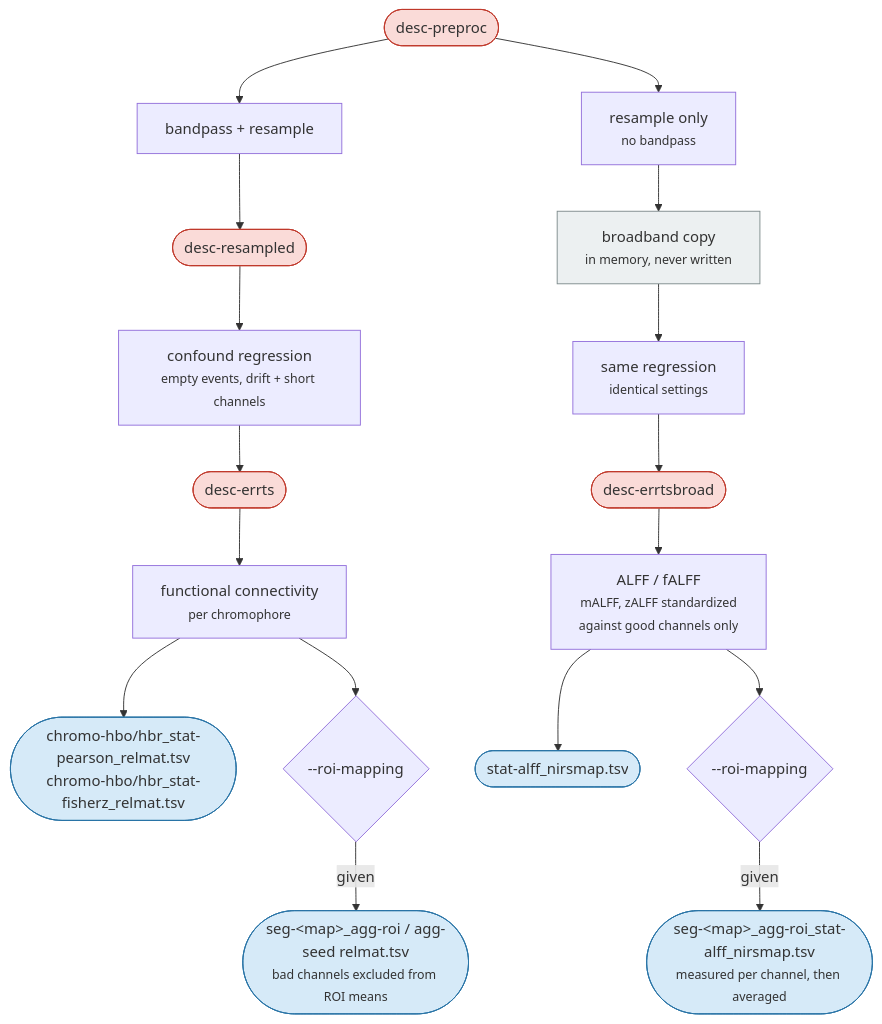
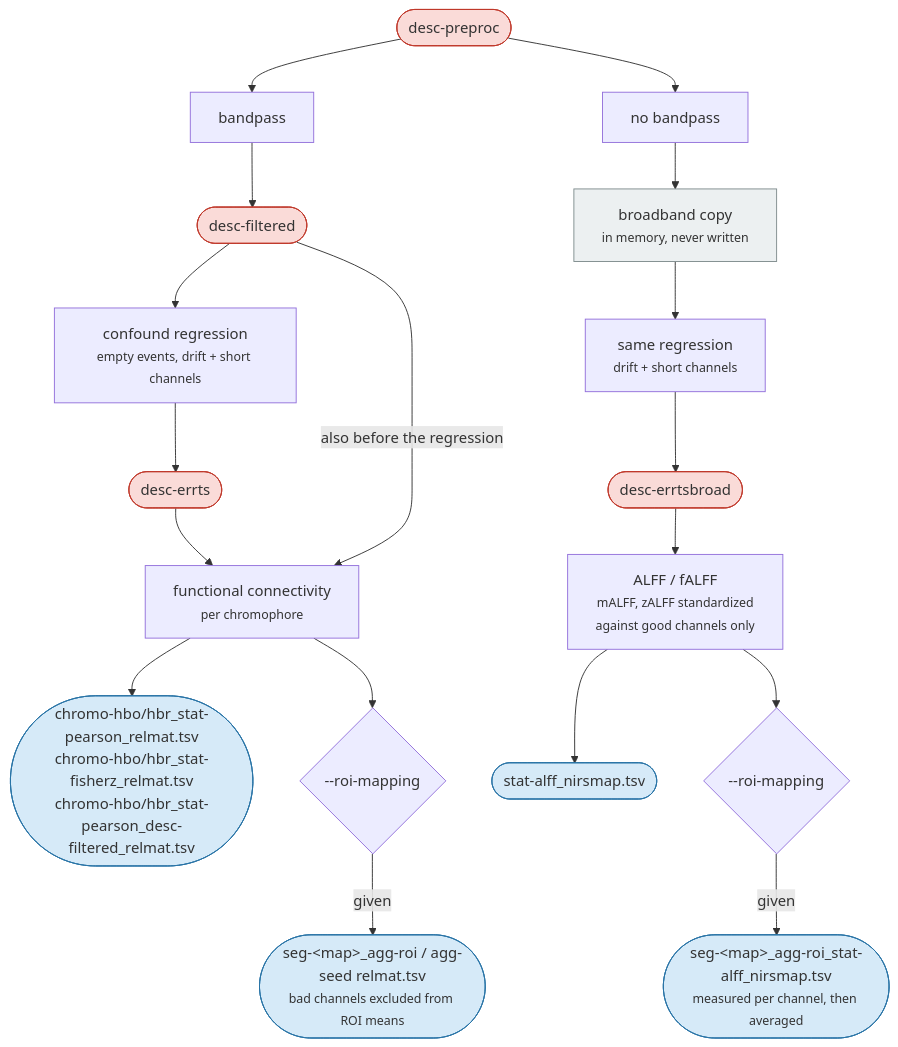
The third of 3 diagrams in docs/workflows.md (AU-CONNECT-Lab/NIRSPipe), drawn with Mermaid before and after one commit. The commit also changed other lines of this file, not shown here.

````diff
--- a/docs/workflows.md
+++ b/docs/workflows.md
@@ -246,32 +249,33 @@
 ```mermaid
 flowchart TD
     PRE(["desc-preproc"])
-    PRE --> A["bandpass + resample"]
-    PRE --> B["resample only<br/><small>no bandpass</small>"]
+    PRE --> A["bandpass"]
+    PRE --> B["no bandpass"]
 
-    A --> AR(["desc-resampled"])
+    A --> AF(["desc-filtered"])
     B --> BR["broadband copy<br/><small>in memory, never written</small>"]
 
-    AR --> REG1["confound regression<br/><small>empty events, drift + short channels</small>"]
-    BR --> REG2["same regression<br/><small>identical settings</small>"]
+    AF --> REG1["confound regression<br/><small>empty events, drift + short channels</small>"]
+    BR --> REG2["same regression<br/><small>drift + short channels</small>"]
 
     REG1 --> E1(["desc-errts"])
     REG2 --> E2(["desc-errtsbroad"])
 
     E1 --> FC["functional connectivity<br/><small>per chromophore</small>"]
-    FC --> FCF(["chromo-hbo/hbr_stat-pearson_relmat.tsv<br/>chromo-hbo/hbr_stat-fisherz_relmat.tsv"])
+    AF -->|"also before the regression"| FC
+    FC --> FCF(["chromo-hbo/hbr_stat-pearson_relmat.tsv<br/>chromo-hbo/hbr_stat-fisherz_relmat.tsv<br/>chromo-hbo/hbr_stat-pearson_desc-filtered_relmat.tsv"])
     FC --> ROI{"--roi-mapping"}
     ROI -->|given| ROIF(["seg-&lt;map&gt;_agg-roi / agg-seed relmat.tsv<br/><small>bad channels excluded from ROI means</small>"])
 
     E2 --> ALFF["ALFF / fALFF<br/><small>mALFF, zALFF standardized<br/>against good channels only</small>"]
     ALFF --> ALFFF(["stat-alff_nirsmap.tsv"])
     ALFF --> AROI{"--roi-mapping"}
     AROI -->|given| AROIF(["seg-&lt;map&gt;_agg-roi_stat-alff_nirsmap.tsv<br/><small>measured per channel, then averaged</small>"])
 
     classDef haemo fill:#fadbd8,stroke:#c0392b
     classDef derivative fill:#d6eaf8,stroke:#2874a6
     classDef input fill:#ecf0f1,stroke:#7f8c8d
-    class PRE,AR,E1,E2 haemo
+    class PRE,AF,E1,E2 haemo
     class FCF,ROIF,ALFFF,AROIF derivative
     class BR input
 ```
````
